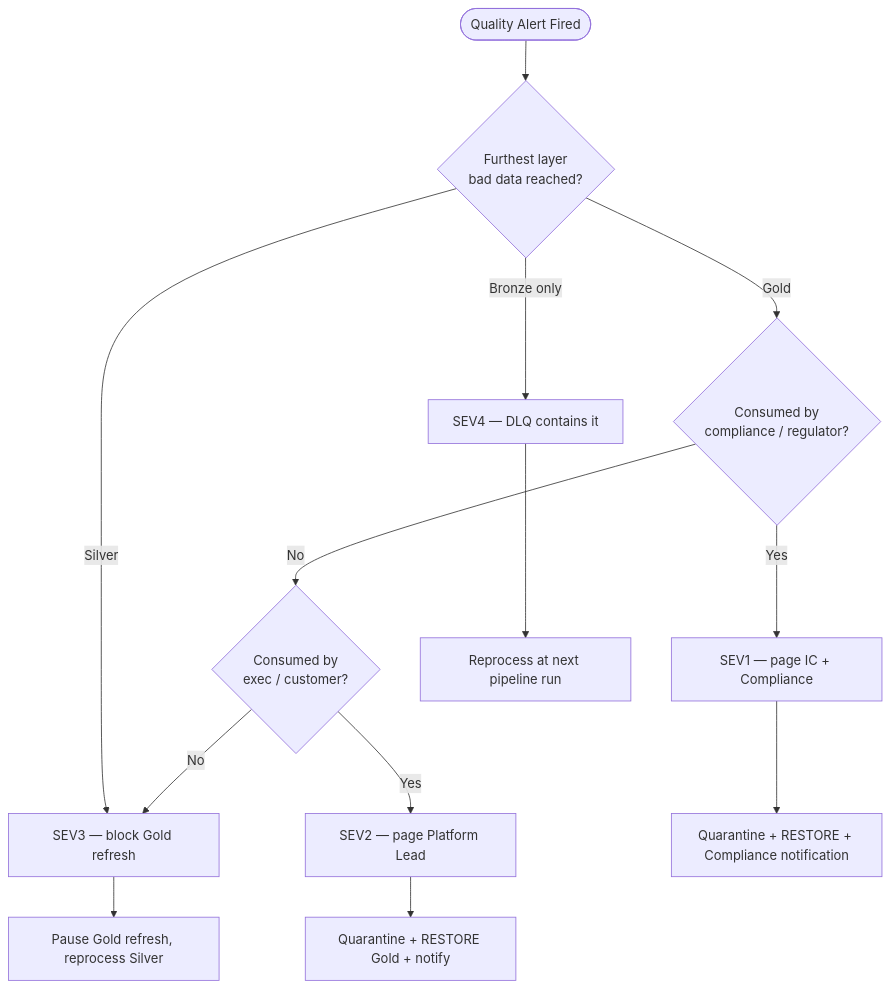
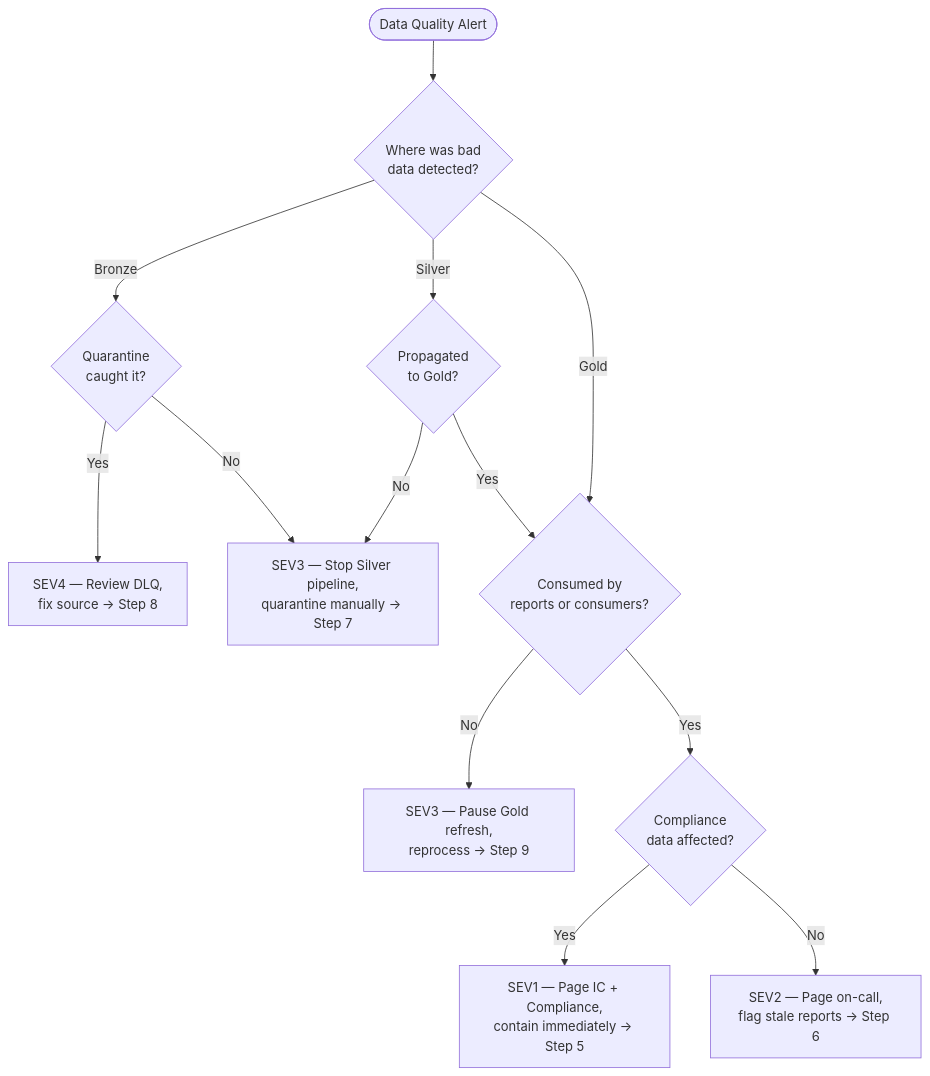
One commit to fgarofalo56/Supercharge_Microsoft_Fabric changed the diagram in docs/runbooks/data-quality-incident.md. Above: the diagram before and after it, drawn with Mermaid. The commit also changed other lines of this file and 6 other files, not shown here.

````diff
--- a/docs/runbooks/data-quality-incident.md
+++ b/docs/runbooks/data-quality-incident.md
@@ -552,15 +71,17 @@
 ```mermaid
 flowchart TD
-    Start([Quality Alert Fired]) --> Q1{Furthest layer<br/>bad data reached?}
-    Q1 -->|Bronze only| SEV4[SEV4 — DLQ contains it]
-    Q1 -->|Silver| SEV3[SEV3 — block Gold refresh]
-    Q1 -->|Gold| Q2{Consumed by<br/>compliance / regulator?}
-    Q2 -->|Yes| SEV1[SEV1 — page IC + Compliance]
-    Q2 -->|No| Q3{Consumed by<br/>exec / customer?}
-    Q3 -->|Yes| SEV2[SEV2 — page Platform Lead]
-    Q3 -->|No| SEV3
-    SEV4 --> Action4[Reprocess at next pipeline run]
-    SEV3 --> Action3[Pause Gold refresh, reprocess Silver]
-    SEV2 --> Action2[Quarantine + RESTORE Gold + notify]
-    SEV1 --> Action1[Quarantine + RESTORE + Compliance notification]
+    A([Data Quality Alert]) --> B{Where was bad<br/>data detected?}
+    B -->|Bronze| C{Quarantine<br/>caught it?}
+    C -->|Yes| D[SEV4 — Review DLQ,<br/>fix source → Step 8]
+    C -->|No| E[SEV3 — Stop Silver pipeline,<br/>quarantine manually → Step 7]
+
+    B -->|Silver| F{Propagated<br/>to Gold?}
+    F -->|No| E
+    F -->|Yes| G{Consumed by<br/>reports or consumers?}
+
+    B -->|Gold| G
+    G -->|No| H[SEV3 — Pause Gold refresh,<br/>reprocess → Step 9]
+    G -->|Yes| I{Compliance<br/>data affected?}
+    I -->|Yes| J[SEV1 — Page IC + Compliance,<br/>contain immediately → Step 5]
+    I -->|No| K[SEV2 — Page on-call,<br/>flag stale reports → Step 6]
 ```
````
